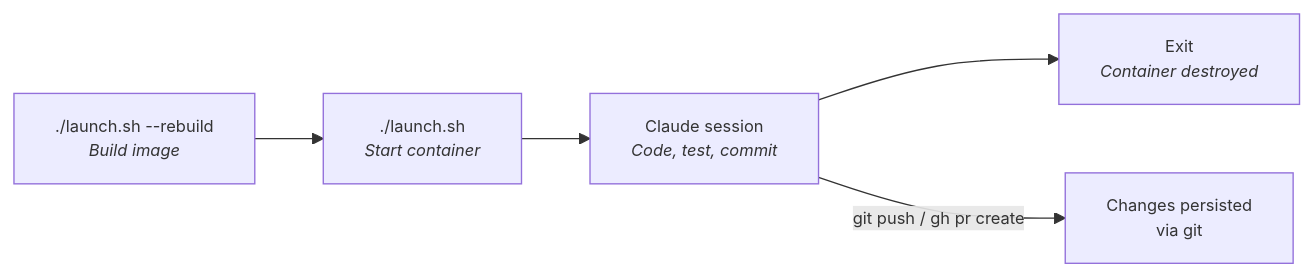
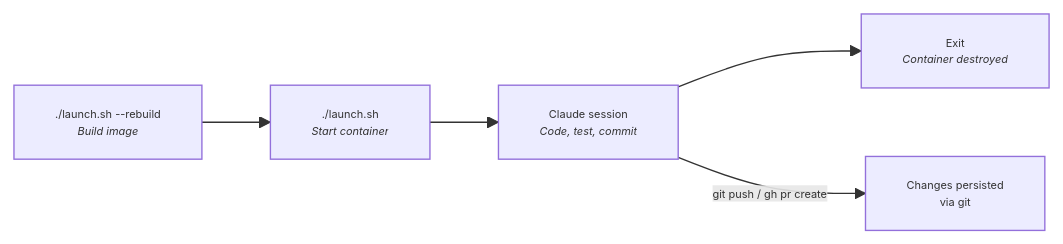
Before and after one commit to chew-z/Container: the first of 4 diagrams in RUNNING.md, drawn with Mermaid. The commit also changed other lines of this file and 2 other files, not shown here.

First line of the commit message:
docs(docs): adjust mermaid font size in documentation

````diff
--- a/RUNNING.md
+++ b/RUNNING.md
@@ -5,8 +5,8 @@
 ```mermaid
-%%{init: {"themeVariables": {"fontSize": "12px"}}}%%
+%%{init: {"themeVariables": {"fontSize": "8px"}}}%%
 flowchart LR
     Build["./launch.sh --rebuild<br/><i>Build image</i>"] --> Run["./launch.sh<br/><i>Start container</i>"]
     Run --> Work["Claude session<br/><i>Code, test, commit</i>"]
     Work --> Done["Exit<br/><i>Container destroyed</i>"]
     Work -->|"git push / gh pr create"| Persist["Changes persisted<br/>via git"]
 ```
````
